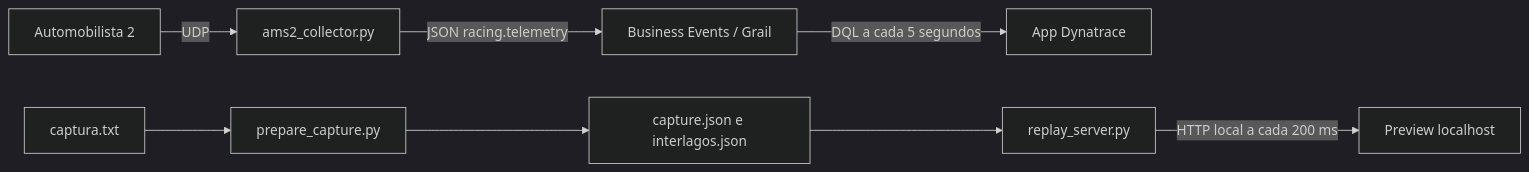
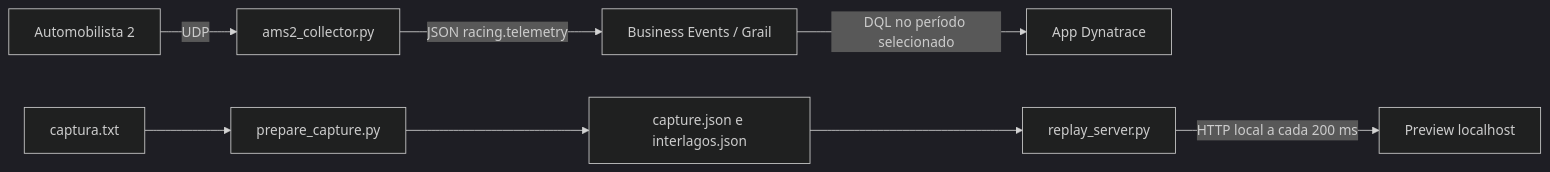
The diagram in README.md (brunoxy01/Dynatrace-Hackathon-Racing), drawn with Mermaid (dark theme) before and after one commit. The commit also changed other lines of this file and 7 other files, not shown here.

````diff
--- a/README.md
+++ b/README.md
@@ -21,10 +21,10 @@
 ```mermaid
 flowchart LR
   A[Automobilista 2] -->|UDP| B[ams2_collector.py]
   B -->|JSON racing.telemetry| C[Business Events / Grail]
-  C -->|DQL a cada 5 segundos| D[App Dynatrace]
+  C -->|DQL no período selecionado| D[App Dynatrace]
   E[captura.txt] --> F[prepare_capture.py]
   F --> G[capture.json e interlagos.json]
   G --> H[replay_server.py]
   H -->|HTTP local a cada 200 ms| I[Preview localhost]
 ```
````
